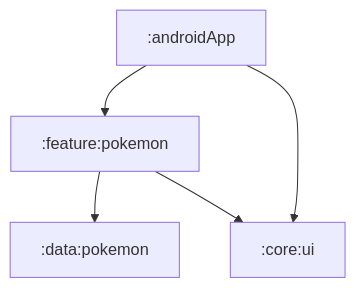
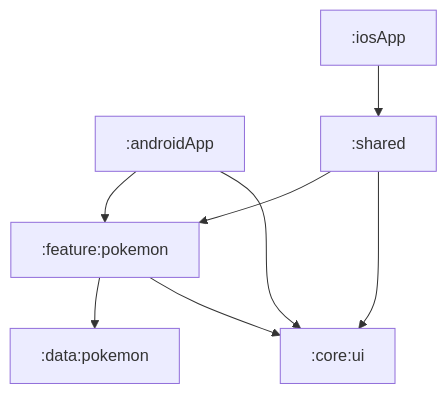
One commit to kfaraj/samples changed the second of 2 diagrams in pokedex/README.md. Above: the diagram before and after it, drawn with Mermaid. The commit also changed 19 other files, not shown here.

Commit message:
Add iOS app with shared UI

````diff
--- a/pokedex/README.md
+++ b/pokedex/README.md
@@ -30,7 +30,10 @@
 ```mermaid
 flowchart TB
     :androidApp --> :feature:pokemon
     :androidApp --> :core:ui
+    :iosApp --> :shared
+    :shared --> :feature:pokemon
+    :shared --> :core:ui
     :feature:pokemon --> :data:pokemon
     :feature:pokemon --> :core:ui
 ```
````
